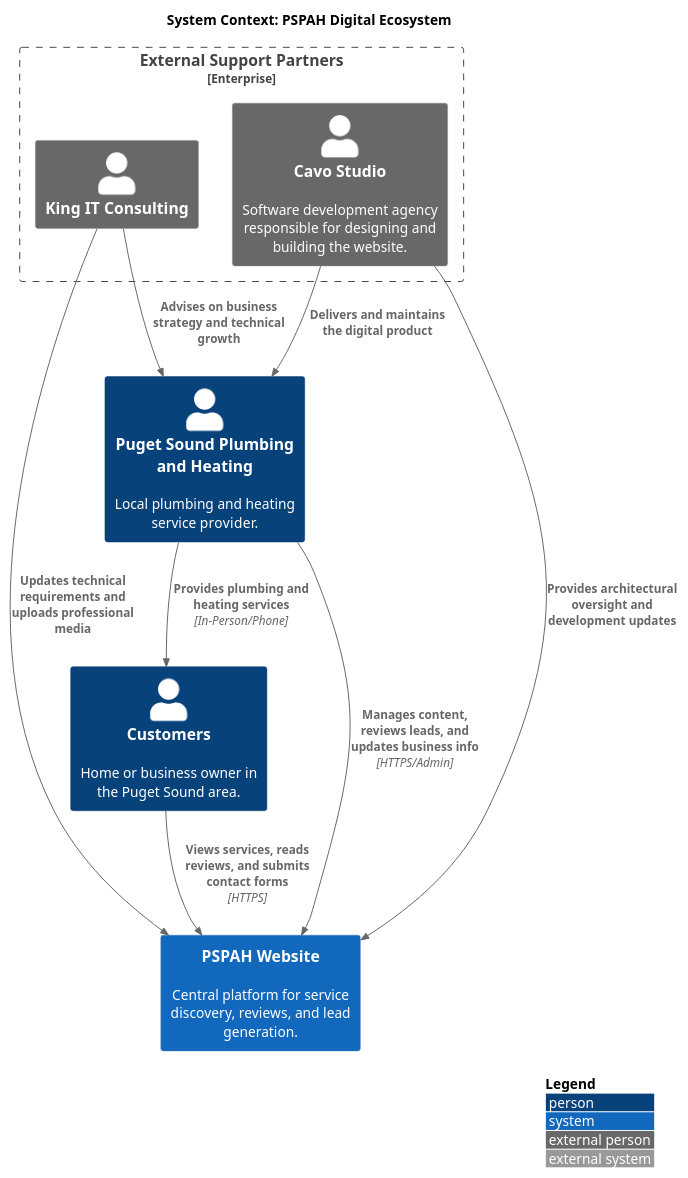
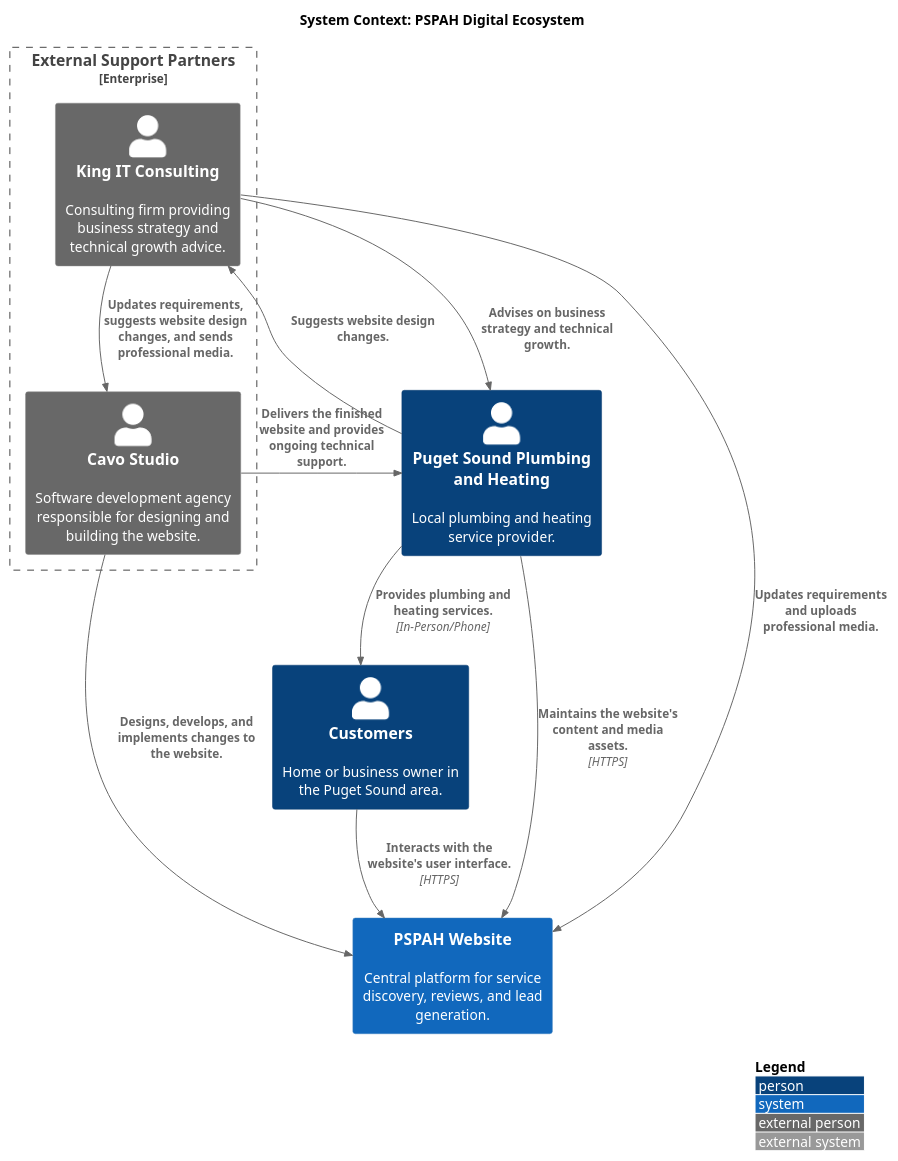
The diagram in c4-model/system-context.puml (zahaale20/Puget-Sound-Plumbing-and-Heating), drawn with PlantUML before and after one commit. The commit also changed 4464 other files, not shown here.

```diff
--- a/c4-model/system-context.puml
+++ b/c4-model/system-context.puml
@@ -1,31 +1,33 @@
 @startuml
 !include <C4/C4_Context>
 
 LAYOUT_WITH_LEGEND()
 
 title System Context: PSPAH Digital Ecosystem
 
 Person(customers, "Customers", "Home or business owner in the Puget Sound area.")
 Person(pspah, "Puget Sound Plumbing and Heating", "Local plumbing and heating service provider.")
 
 Enterprise_Boundary(c0, "External Support Partners") {
-    Person_Ext(kingit, "King IT Consulting", "")
+    Person_Ext(kingit, "King IT Consulting", "Consulting firm providing business strategy and technical growth advice.")
     Person_Ext(cavo, "Cavo Studio", "Software development agency responsible for designing and building the website.")
 }
 
 System(system, "PSPAH Website", "Central platform for service discovery, reviews, and lead generation.")
 
 ' User/Staff Interactions
-Rel(customers, system, "Views services, reads reviews, and submits contact forms", "HTTPS")
-Rel(pspah, system, "Manages content, reviews leads, and updates business info", "HTTPS/Admin")
+Rel(customers, system, "Interacts with the website's user interface.", "HTTPS")
+Rel(pspah, system, "Maintains the website's content and media assets.", "HTTPS")
 
 ' Partner Interactions
-Rel(kingit, system, "Updates technical requirements and uploads professional media")
-Rel(cavo, system, "Provides architectural oversight and development updates")
+Rel(kingit, system, "Updates requirements and uploads professional media.")
+Rel(cavo, system, "Designs, develops, and implements changes to the website.")
 
 ' Business Value Loop
-Rel(pspah, customers, "Provides plumbing and heating services", "In-Person/Phone")
-Rel(kingit, pspah, "Advises on business strategy and technical growth")
-Rel(cavo, pspah, "Delivers and maintains the digital product")
+Rel(pspah, customers, "Provides plumbing and heating services.", "In-Person/Phone")
+Rel(kingit, pspah, "Advises on business strategy and technical growth.")
+Rel(cavo, pspah, "Delivers the finished website and provides ongoing technical support.")
+Rel(kingit, cavo, "Updates requirements, suggests website design changes, and sends professional media.")
+Rel(pspah, kingit, "Suggests website design changes.")
 
 @enduml
```
